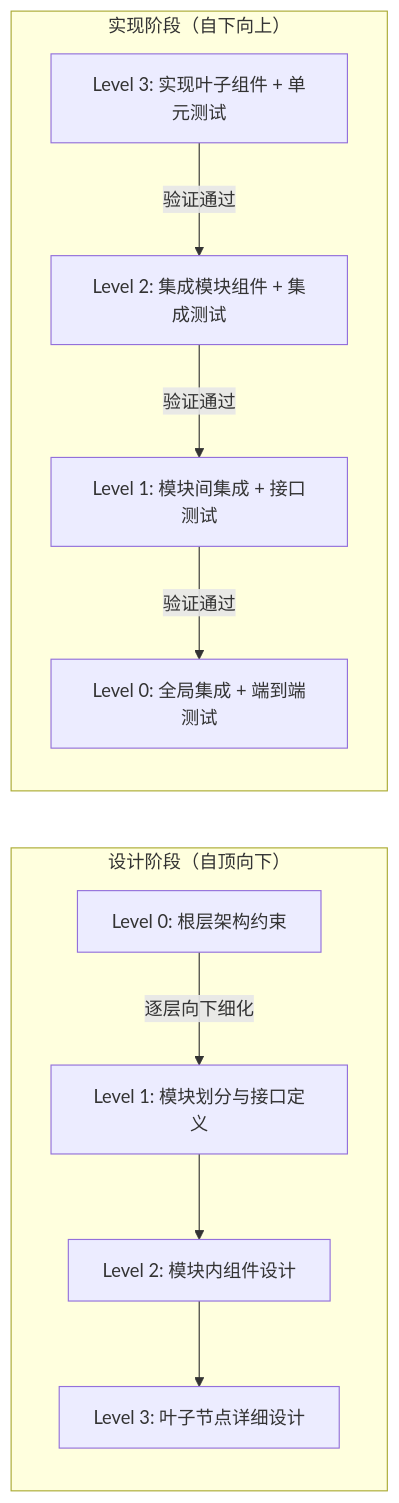
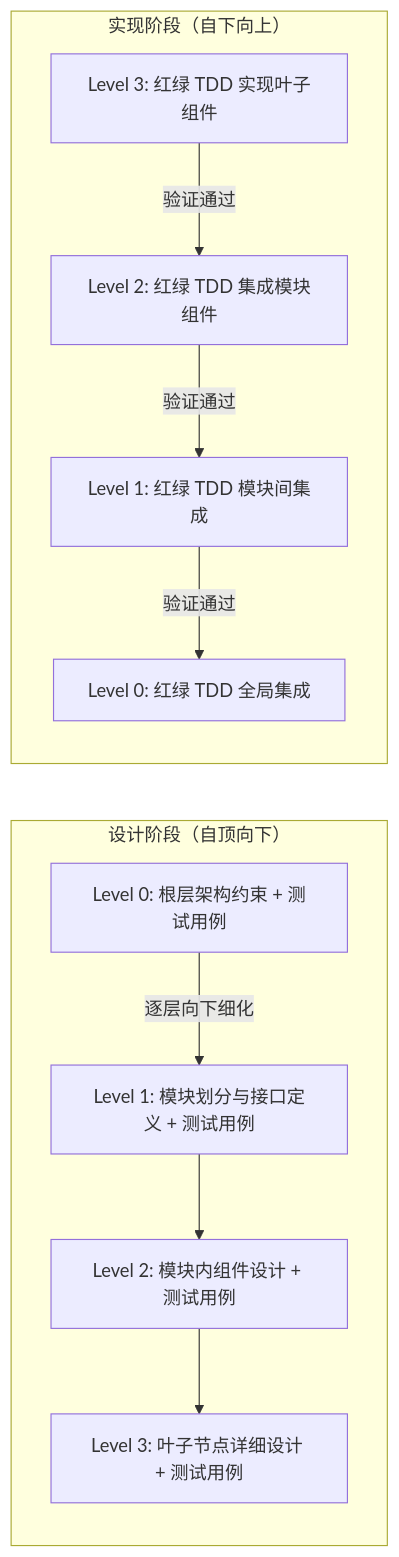
Before and after one commit to luckyMUMU/mumuspec: the third of 16 diagrams in docs/design.md, drawn with Mermaid. The commit also changed other lines of this file, not shown here.

````diff
--- a/docs/design.md
+++ b/docs/design.md
@@ -80,21 +82,21 @@
 ```mermaid
 graph LR
     subgraph Design["设计阶段（自顶向下）"]
-        D0["Level 0: 根层架构约束"]
-        D1["Level 1: 模块划分与接口定义"]
-        D2["Level 2: 模块内组件设计"]
-        D3["Level 3: 叶子节点详细设计"]
+        D0["Level 0: 根层架构约束 + 测试用例"]
+        D1["Level 1: 模块划分与接口定义 + 测试用例"]
+        D2["Level 2: 模块内组件设计 + 测试用例"]
+        D3["Level 3: 叶子节点详细设计 + 测试用例"]
         D0 -->|逐层向下细化| D1
         D1 --> D2
         D2 --> D3
     end
     subgraph Build["实现阶段（自下向上）"]
-        B3["Level 3: 实现叶子组件 + 单元测试"]
-        B2["Level 2: 集成模块组件 + 集成测试"]
-        B1["Level 1: 模块间集成 + 接口测试"]
-        B0["Level 0: 全局集成 + 端到端测试"]
+        B3["Level 3: 红绿 TDD 实现叶子组件"]
+        B2["Level 2: 红绿 TDD 集成模块组件"]
+        B1["Level 1: 红绿 TDD 模块间集成"]
+        B0["Level 0: 红绿 TDD 全局集成"]
         B3 -->|验证通过| B2
         B2 -->|验证通过| B1
         B1 -->|验证通过| B0
     end
 ```
````
